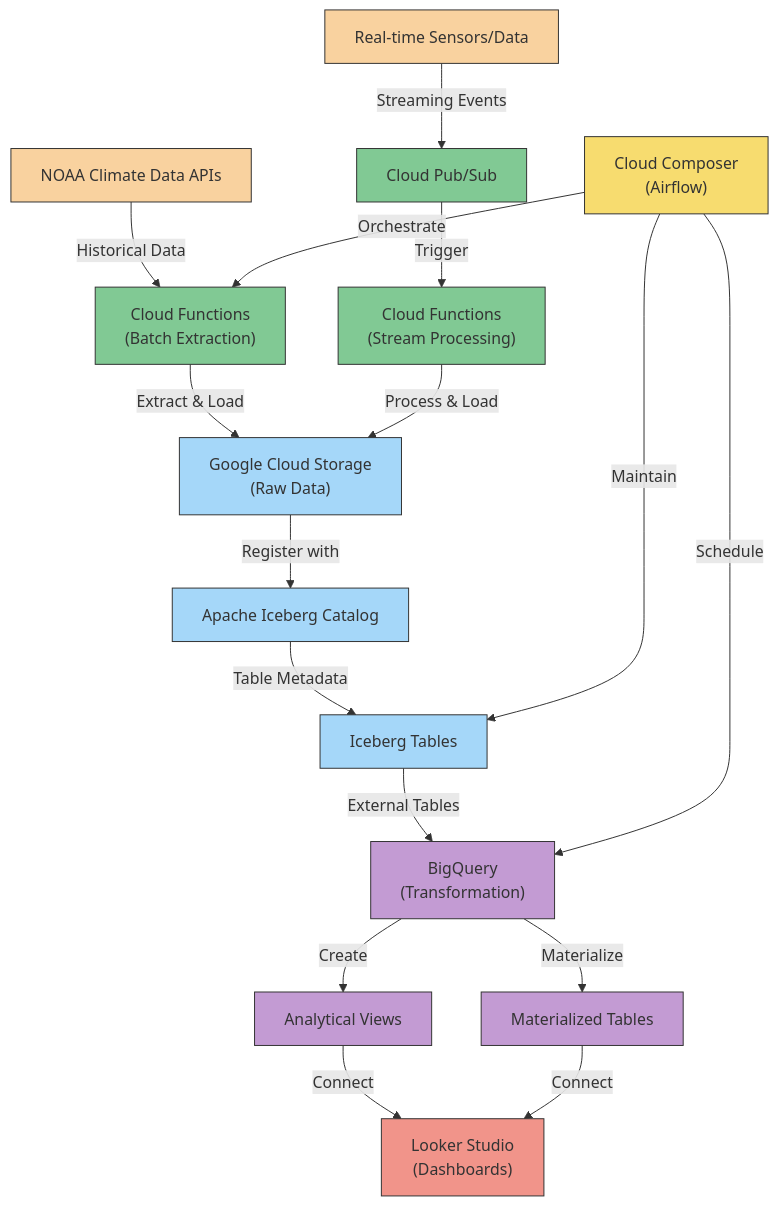
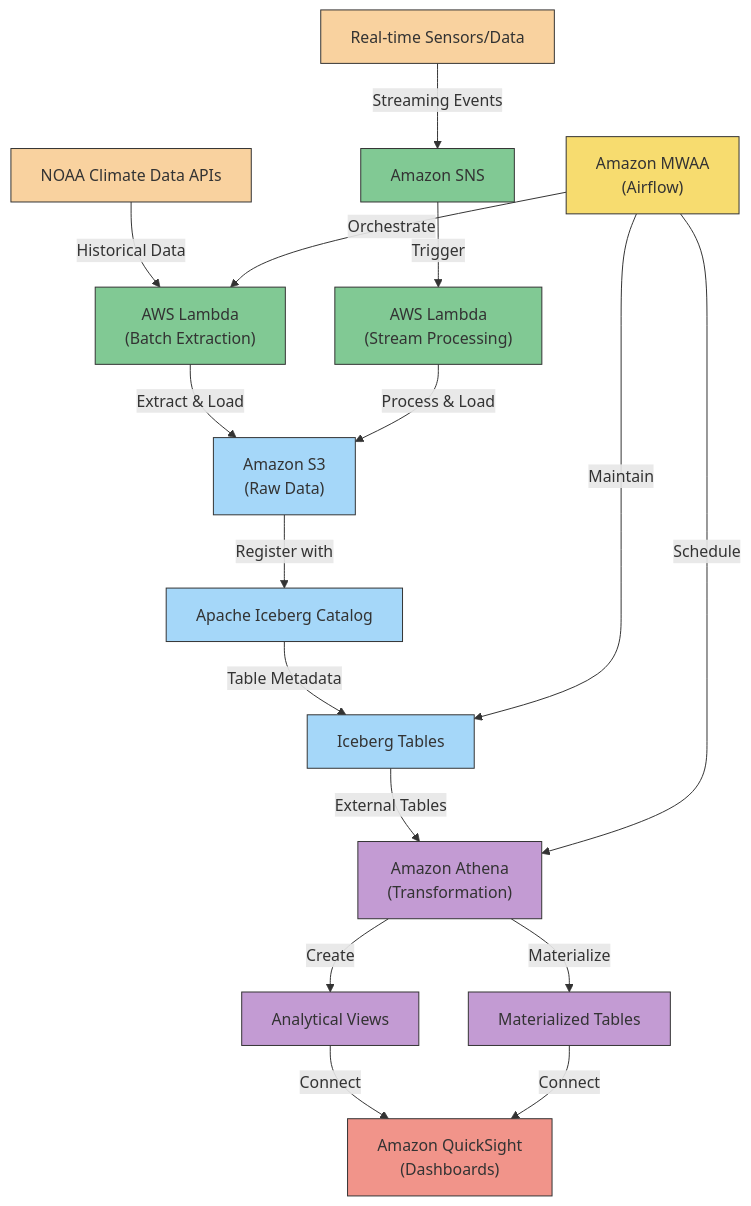
The first of 3 diagrams in PRD.md (wayneweicheng/de_elt_datalake_iceberg), drawn with Mermaid before and after one commit. The commit also changed other lines of this file and 10 other files, not shown here.

Commit message:
Use AWS Glue as iceberg catalog

````diff
--- a/PRD.md
+++ b/PRD.md
@@ -11,44 +11,44 @@
 ```mermaid
 graph TD
     %% Data Sources
-    NOAA["NOAA Climate Data APIs"] --> |Historical Data| CF["Cloud Functions\n(Batch Extraction)"]
-    RS["Real-time Sensors/Data"] --> |Streaming Events| PS["Cloud Pub/Sub"]
+    NOAA["NOAA Climate Data APIs"] --> |Historical Data| LF["AWS Lambda\n(Batch Extraction)"]
+    RS["Real-time Sensors/Data"] --> |Streaming Events| SNS["Amazon SNS"]
     
     %% Extract Layer
-    CF --> |Extract & Load| GCS["Google Cloud Storage\n(Raw Data)"]
-    PS --> |Trigger| CFPS["Cloud Functions\n(Stream Processing)"]
-    CFPS --> |Process & Load| GCS
+    LF --> |Extract & Load| S3["Amazon S3\n(Raw Data)"]
+    SNS --> |Trigger| LFS["AWS Lambda\n(Stream Processing)"]
+    LFS --> |Process & Load| S3
     
     %% Load/Storage Layer with Iceberg
-    GCS --> |Register with| IC["Apache Iceberg Catalog"]
+    S3 --> |Register with| IC["Apache Iceberg Catalog"]
     IC --> |Table Metadata| ICT["Iceberg Tables"]
     
     %% Transform Layer
-    ICT --> |External Tables| BQ["BigQuery\n(Transformation)"]
-    BQ --> |Create| Views["Analytical Views"]
-    BQ --> |Materialize| MT["Materialized Tables"]
+    ICT --> |External Tables| AT["Amazon Athena\n(Transformation)"]
+    AT --> |Create| Views["Analytical Views"]
+    AT --> |Materialize| MT["Materialized Tables"]
     
     %% Orchestration
-    CC["Cloud Composer\n(Airflow)"] --> |Orchestrate| CF
-    CC --> |Schedule| BQ
-    CC --> |Maintain| ICT
+    MWAA["Amazon MWAA\n(Airflow)"] --> |Orchestrate| LF
+    MWAA --> |Schedule| AT
+    MWAA --> |Maintain| ICT
     
     %% Analytics & Visualization
-    Views --> |Connect| LS["Looker Studio\n(Dashboards)"]
-    MT --> |Connect| LS
+    Views --> |Connect| QS["Amazon QuickSight\n(Dashboards)"]
+    MT --> |Connect| QS
     
     %% Styling
     classDef sources fill:#f9d29f,stroke:#333,stroke-width:1px
     classDef extract fill:#81c994,stroke:#333,stroke-width:1px
     classDef storage fill:#a5d7f9,stroke:#333,stroke-width:1px
     classDef transform fill:#c39bd3,stroke:#333,stroke-width:1px
     classDef orchestration fill:#f7dc6f,stroke:#333,stroke-width:1px
     classDef analytics fill:#f1948a,stroke:#333,stroke-width:1px
     
     class NOAA,RS sources
-    class CF,CFPS,PS extract
-    class GCS,IC,ICT storage
-    class BQ,Views,MT transform
-    class CC orchestration
-    class LS analytics
+    class LF,LFS,SNS extract
+    class S3,IC,ICT storage
+    class AT,Views,MT transform
+    class MWAA orchestration
+    class QS analytics
 ```
````
